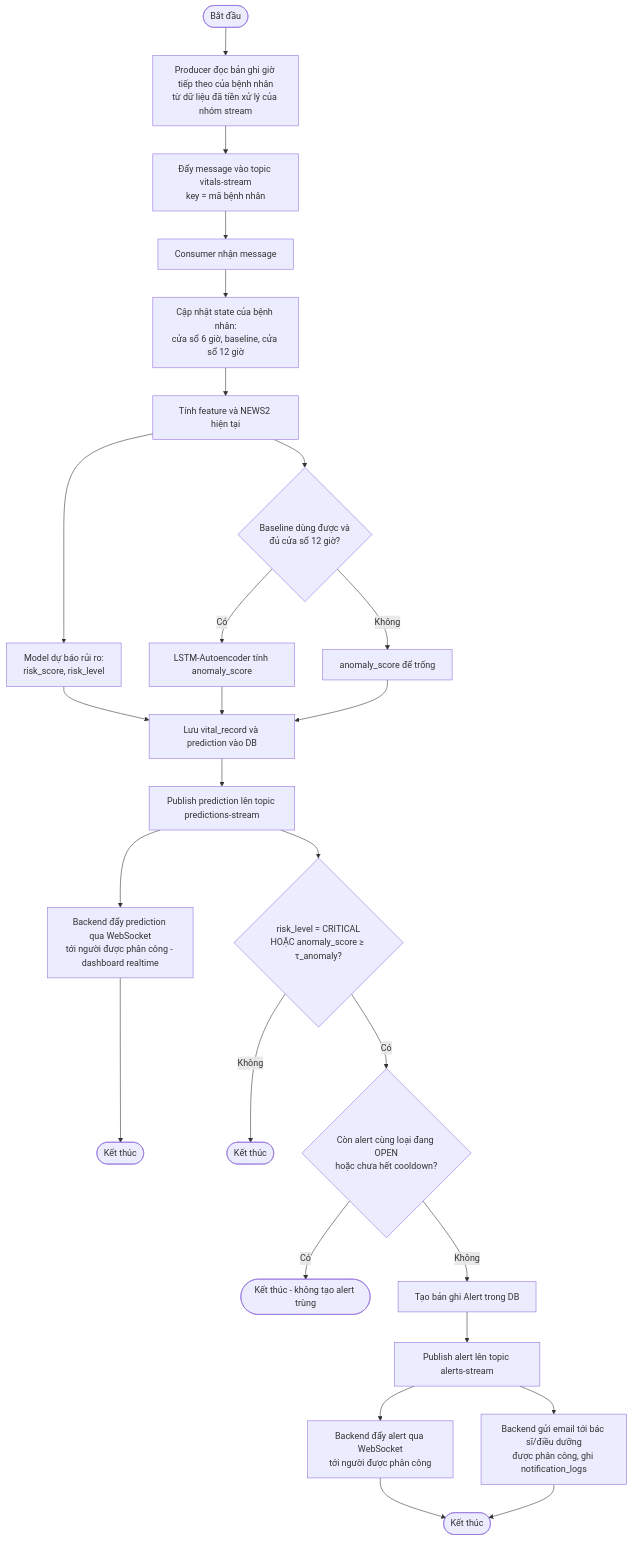
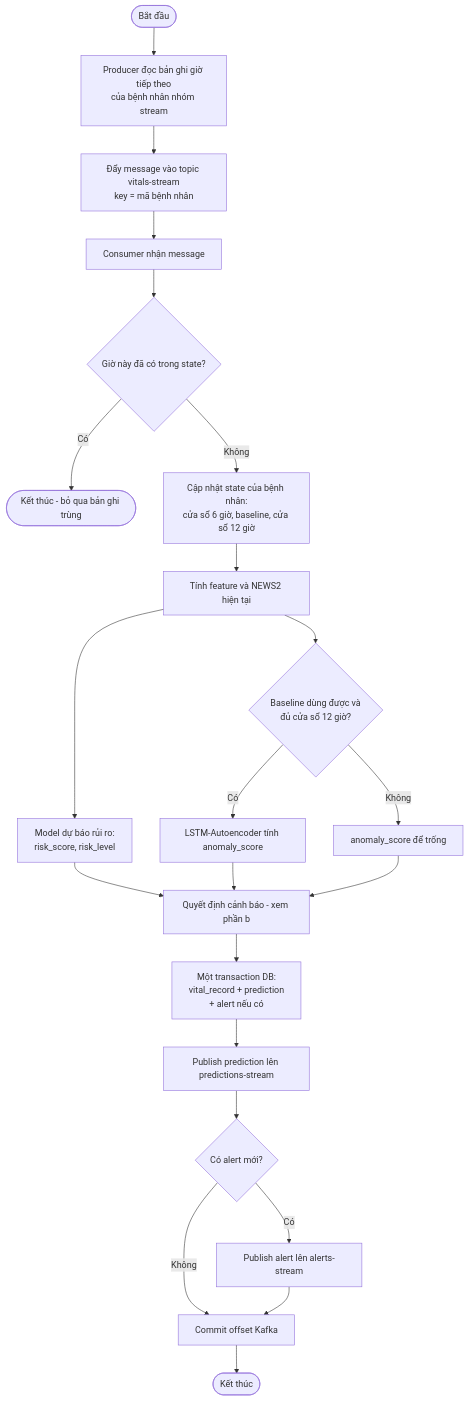
One commit to MinhNguyen1007/Remote-patient-monitoring-system-using-Streaming-MLOps changed the first of 5 diagrams in docs/design/02_3_activity.md. Above: the diagram before and after it, drawn with Mermaid. The commit also changed other lines of this file and 23 other files, not shown here.

````diff
--- a/docs/design/02_3_activity.md
+++ b/docs/design/02_3_activity.md
@@ -5,28 +9,24 @@
 ```mermaid
 flowchart TD
-    Start([Bắt đầu]) --> A[Producer đọc bản ghi giờ tiếp theo của bệnh nhân<br/>từ dữ liệu đã tiền xử lý của nhóm stream]
+    Start([Bắt đầu]) --> A[Producer đọc bản ghi giờ tiếp theo<br/>của bệnh nhân nhóm stream]
     A --> B[Đẩy message vào topic vitals-stream<br/>key = mã bệnh nhân]
     B --> C[Consumer nhận message]
-    C --> D[Cập nhật state của bệnh nhân:<br/>cửa sổ 6 giờ, baseline, cửa sổ 12 giờ]
+    C --> C1{Giờ này đã có trong state?}
+    C1 -- Có --> End4([Kết thúc - bỏ qua bản ghi trùng])
+    C1 -- Không --> D[Cập nhật state của bệnh nhân:<br/>cửa sổ 6 giờ, baseline, cửa sổ 12 giờ]
     D --> E[Tính feature và NEWS2 hiện tại]
     E --> F[Model dự báo rủi ro:<br/>risk_score, risk_level]
     E --> G{Baseline dùng được và<br/>đủ cửa sổ 12 giờ?}
     G -- Có --> H[LSTM-Autoencoder tính anomaly_score]
     G -- Không --> I[anomaly_score để trống]
-    F --> J[Lưu vital_record và prediction vào DB]
-    H --> J
-    I --> J
-    J --> K[Publish prediction lên topic predictions-stream]
-    K --> K2[Backend đẩy prediction qua WebSocket<br/>tới người được phân công - dashboard realtime]
-    K --> L{risk_level = CRITICAL<br/>HOẶC anomaly_score ≥ τ_anomaly?}
-    K2 --> End0([Kết thúc])
-    L -- Không --> End1([Kết thúc])
-    L -- Có --> M{Còn alert cùng loại đang OPEN<br/>hoặc chưa hết cooldown?}
-    M -- Có --> End2([Kết thúc - không tạo alert trùng])
-    M -- Không --> N[Tạo bản ghi Alert trong DB]
-    N --> O[Publish alert lên topic alerts-stream]
-    O --> P[Backend đẩy alert qua WebSocket<br/>tới người được phân công]
-    O --> Q[Backend gửi email tới bác sĩ/điều dưỡng<br/>được phân công, ghi notification_logs]
-    P --> End3([Kết thúc])
-    Q --> End3
+    F --> DEC[Quyết định cảnh báo - xem phần b]
+    H --> DEC
+    I --> DEC
+    DEC --> J[Một transaction DB:<br/>vital_record + prediction<br/>+ alert nếu có]
+    J --> K[Publish prediction lên predictions-stream]
+    K --> K1{Có alert mới?}
+    K1 -- Có --> O[Publish alert lên alerts-stream]
+    K1 -- Không --> CM[Commit offset Kafka]
+    O --> CM
+    CM --> End0([Kết thúc])
 ```
````
